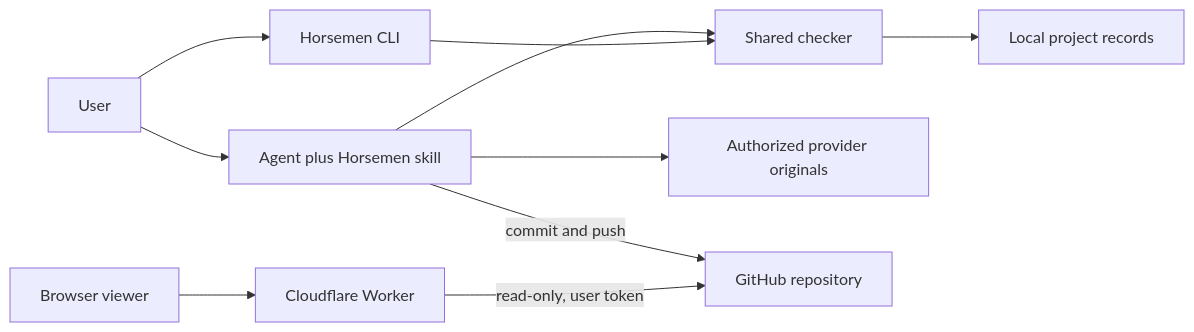
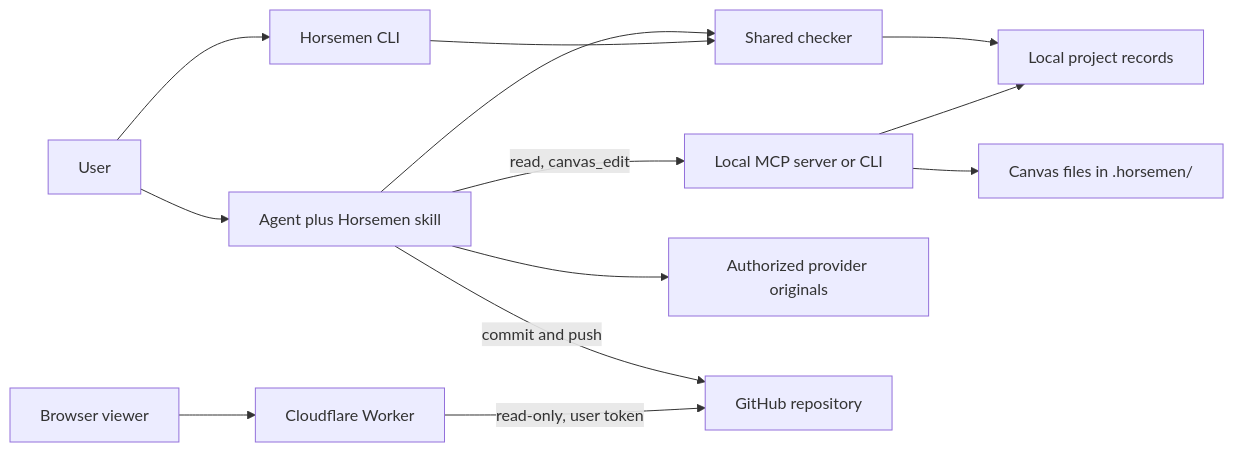
Before and after one commit to forsvn-labs/horsemen: the first of 2 diagrams in TECHSTACK.md, drawn with Mermaid. The commit also changed other lines of this file and 21 other files, not shown here.

First line of the commit message:
Add the canvas format, agent tools, CLI commands, and local MCP server

````diff
--- a/TECHSTACK.md
+++ b/TECHSTACK.md
@@ -30,12 +33,15 @@
 ```mermaid
 flowchart LR
   User --> Agent[Agent plus Horsemen skill]
   User --> CLI[Horsemen CLI]
   Agent --> Checker[Shared checker]
   CLI --> Checker
   Checker --> Records[Local project records]
+  Agent -->|read, canvas_edit| MCP[Local MCP server or CLI]
+  MCP --> Records
+  MCP --> Canvases[Canvas files in .horsemen/]
   Agent --> Originals[Authorized provider originals]
   Agent -->|commit and push| GitHub[GitHub repository]
   Browser[Browser viewer] --> Worker[Cloudflare Worker]
   Worker -->|read-only, user token| GitHub
 ```
````
